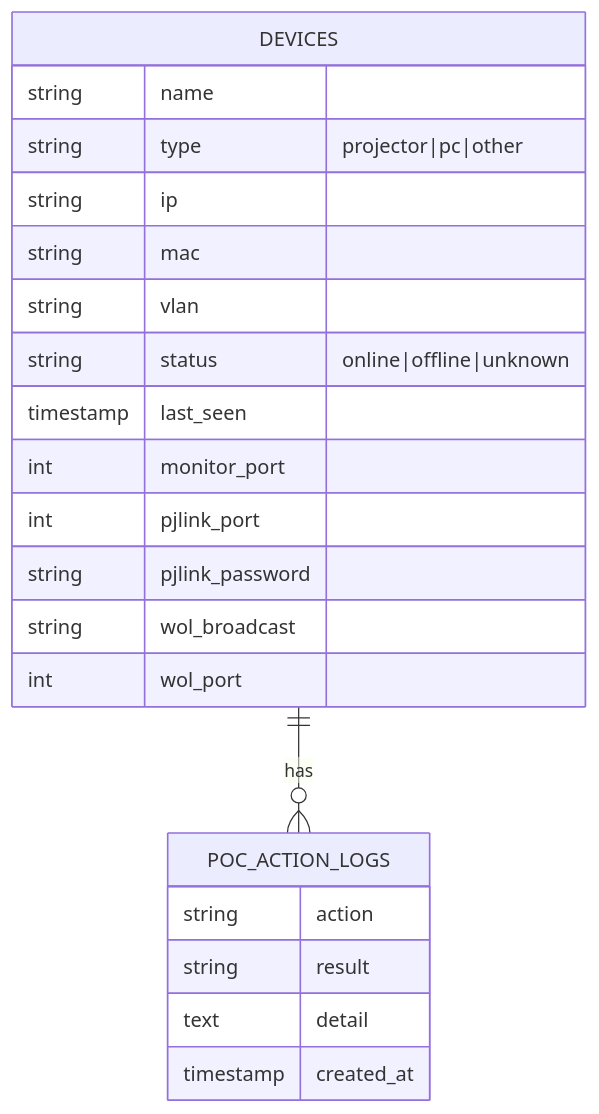
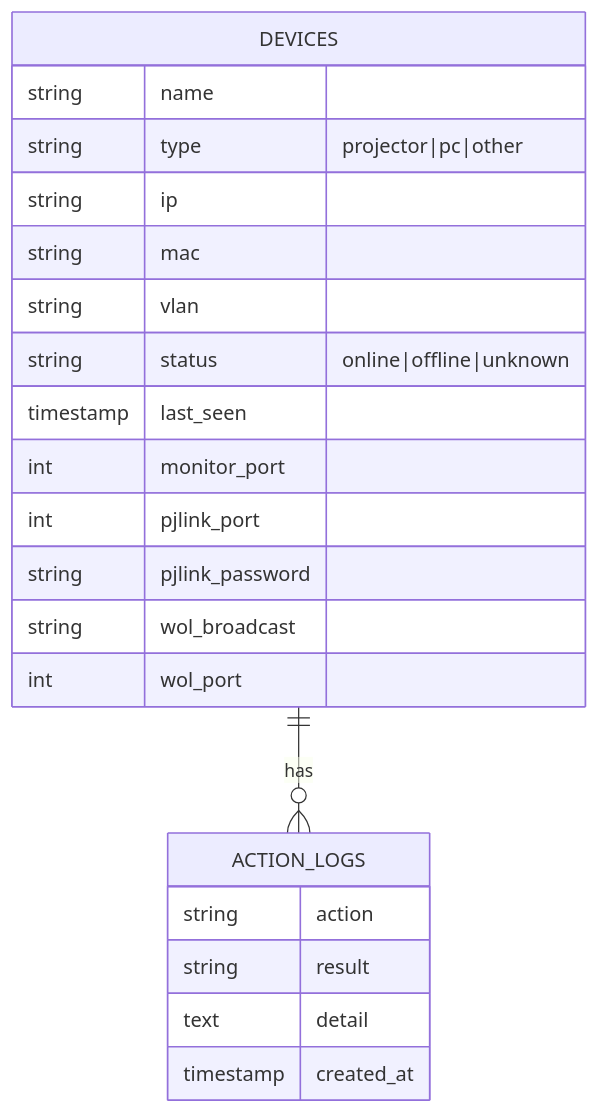
Before and after one commit to kzamanbd/dpms: the seventh of 7 diagrams in README.md, drawn with Mermaid. The commit also changed other lines of this file and 9 other files, not shown here.

First line of the commit message:
refactor: rename PocActionLog to ActionLog + action_logs table

````diff
--- a/README.md
+++ b/README.md
@@ -300,24 +300,24 @@
 ```mermaid
 erDiagram
-    DEVICES ||--o{ POC_ACTION_LOGS : has
+    DEVICES ||--o{ ACTION_LOGS : has
     DEVICES {
         string name
         string type "projector|pc|other"
         string ip
         string mac
         string vlan
         string status "online|offline|unknown"
         timestamp last_seen
         int monitor_port
         int pjlink_port
         string pjlink_password
         string wol_broadcast
         int wol_port
     }
-    POC_ACTION_LOGS {
+    ACTION_LOGS {
         string action
         string result
         text detail
         timestamp created_at
     }
 ```
````
